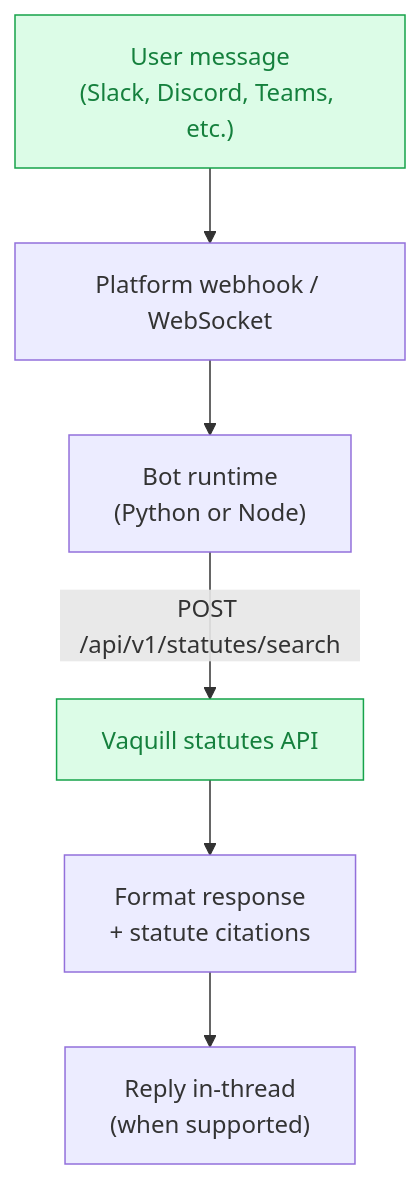
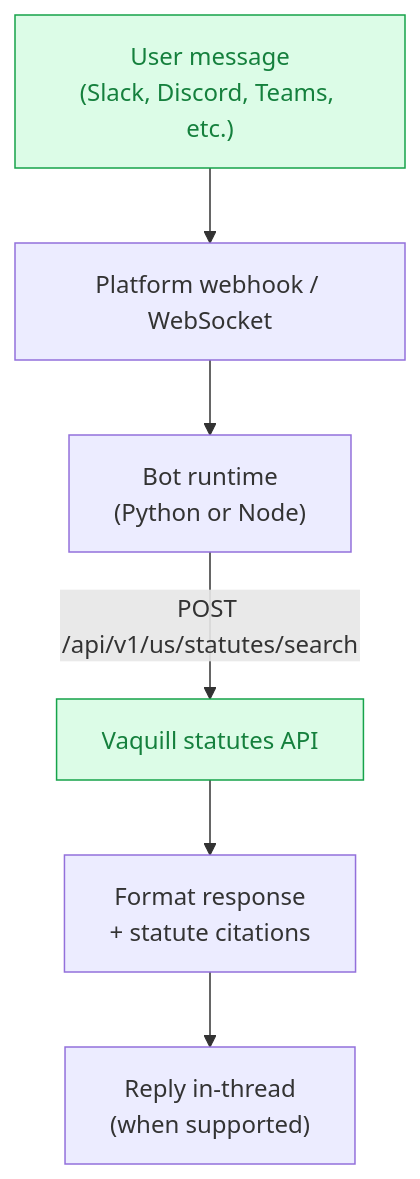
One commit to Vaquill-AI/vaquill-ai-docs changed the diagram in integrations/chatbots/index.mdx. Above: the diagram before and after it, drawn with Mermaid. The commit also changed other lines of this file and 32 other files, not shown here.

First line of the commit message:
docs: add API roadmap page and point examples at the canonical /us/ path

````diff
--- a/integrations/chatbots/index.mdx
+++ b/integrations/chatbots/index.mdx
@@ -36,11 +36,11 @@
 ```mermaid
 flowchart TD
     A["User message<br/>(Slack, Discord, Teams, etc.)"] --> B["Platform webhook / WebSocket"]
     B --> C["Bot runtime<br/>(Python or Node)"]
-    C -->|"POST /api/v1/statutes/search"| D["Vaquill statutes API"]
+    C -->|"POST /api/v1/us/statutes/search"| D["Vaquill statutes API"]
     D --> E["Format response<br/>+ statute citations"]
     E --> F["Reply in-thread<br/>(when supported)"]
 
     style A fill:#dcfce7,stroke:#16a34a,color:#15803d
     style D fill:#dcfce7,stroke:#16a34a,color:#15803d
 ```
````
